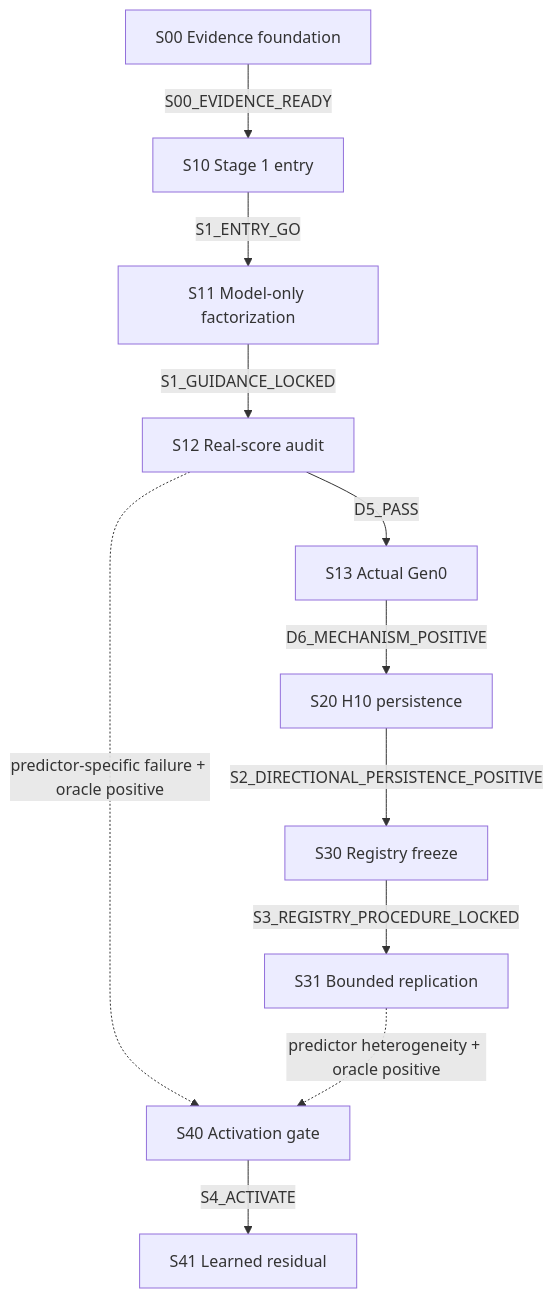
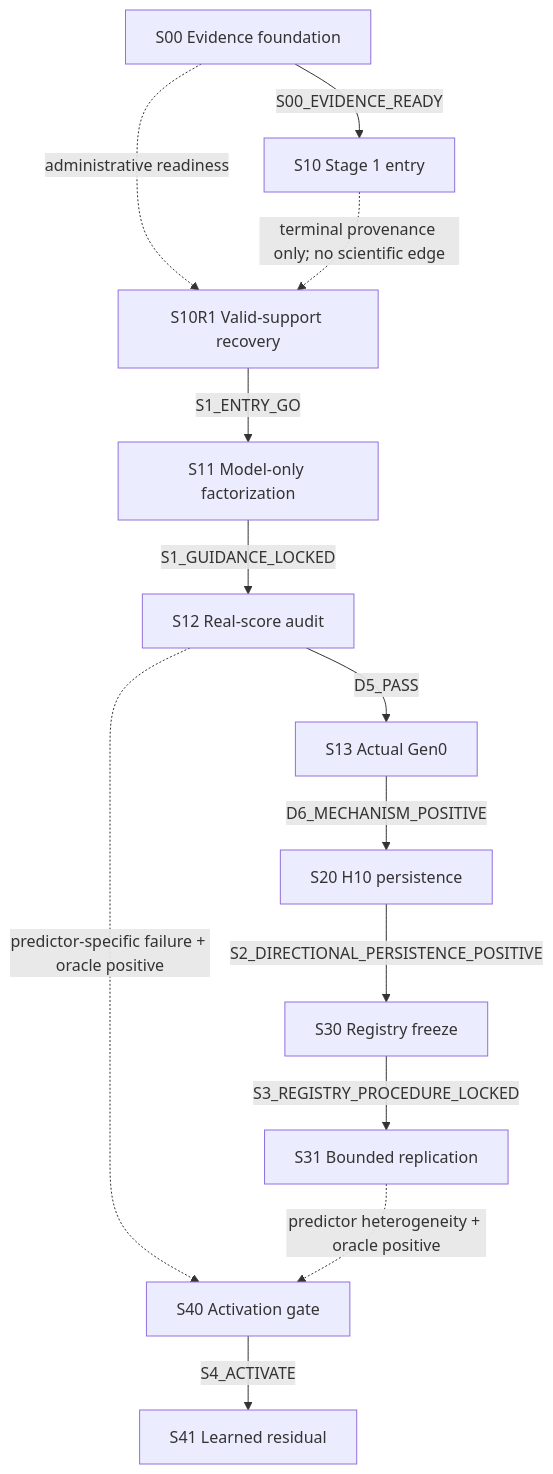
Before and after one commit to ppalee1217/rocm-libraries: the diagram in study_docs/research/ductile-origami-warmstart/README.md, drawn with Mermaid. The commit also changed other lines of this file and 4 other files, not shown here.

Commit message:
study: authorize S10R1 valid-support recovery

````diff
--- a/study_docs/research/ductile-origami-warmstart/README.md
+++ b/study_docs/research/ductile-origami-warmstart/README.md
@@ -57,24 +59,27 @@
 ```mermaid
 flowchart TD
   s00["S00 Evidence foundation"]
   s10["S10 Stage 1 entry"]
+  s10r1["S10R1 Valid-support recovery"]
   s11["S11 Model-only factorization"]
   s12["S12 Real-score audit"]
   s13["S13 Actual Gen0"]
   s20["S20 H10 persistence"]
   s30["S30 Registry freeze"]
   s31["S31 Bounded replication"]
   s40["S40 Activation gate"]
   s41["S41 Learned residual"]
 
   s00 -->|"S00_EVIDENCE_READY"| s10
-  s10 -->|"S1_ENTRY_GO"| s11
+  s00 -. "administrative readiness" .-> s10r1
+  s10 -. "terminal provenance only; no scientific edge" .-> s10r1
+  s10r1 -->|"S1_ENTRY_GO"| s11
   s11 -->|"S1_GUIDANCE_LOCKED"| s12
   s12 -->|"D5_PASS"| s13
   s13 -->|"D6_MECHANISM_POSITIVE"| s20
   s20 -->|"S2_DIRECTIONAL_PERSISTENCE_POSITIVE"| s30
   s30 -->|"S3_REGISTRY_PROCEDURE_LOCKED"| s31
   s12 -.->|"predictor-specific failure + oracle positive"| s40
   s31 -.->|"predictor heterogeneity + oracle positive"| s40
   s40 -->|"S4_ACTIVATE"| s41
 ```
````
